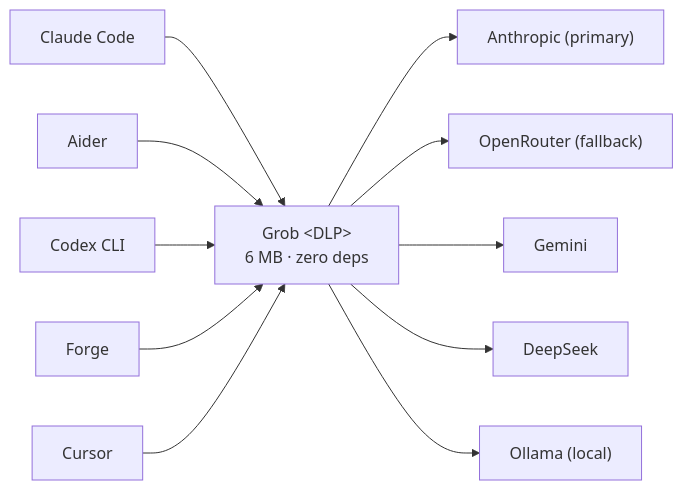
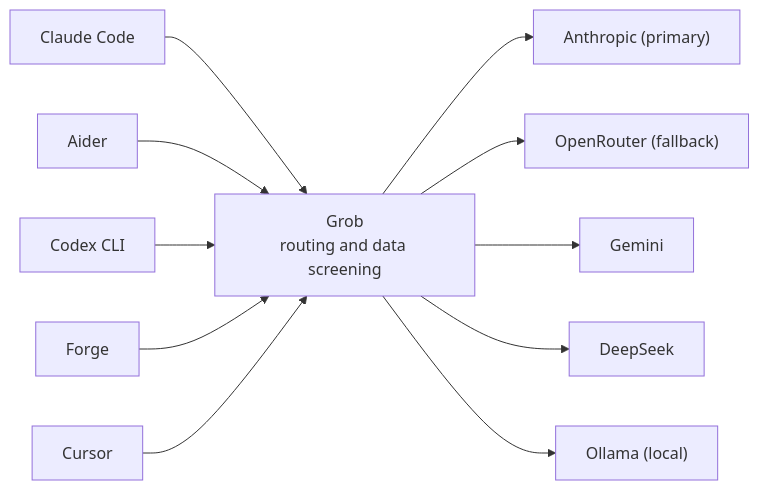
One commit to azerozero/grob changed the first of 2 diagrams in README.md. Above: the diagram before and after it, drawn with Mermaid. The commit also changed other lines of this file and 28 other files, not shown here.

````diff
--- a/README.md
+++ b/README.md
@@ -23,13 +27,13 @@
 ```mermaid
 flowchart LR
     CC[Claude Code] --> G
     AI[Aider] --> G
     CX[Codex CLI] --> G
     FO[Forge] --> G
     CU[Cursor] --> G
-    G["Grob &lt;DLP&gt;<br/>6 MB · zero deps"] --> A["Anthropic (primary)"]
+    G["Grob<br/>routing and data screening"] --> A["Anthropic (primary)"]
     G --> OR["OpenRouter (fallback)"]
     G --> GE[Gemini]
     G --> DS[DeepSeek]
     G --> OL["Ollama (local)"]
 ```
````
